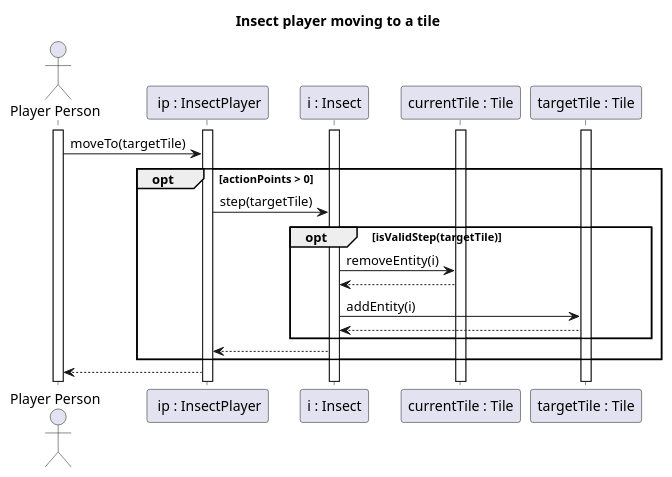
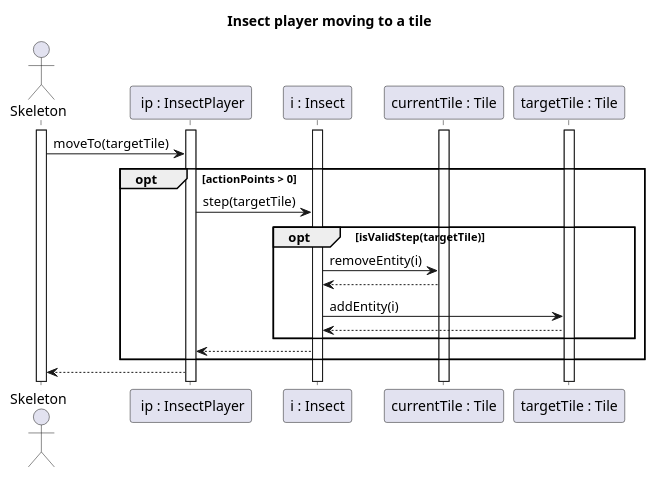
The diagram in diagrams/diagramFiles/SQ_InsectMoving.puml (Harcipan/Projlab_nullpointerexception), drawn with PlantUML before and after one commit. The commit also changed 23 other files, not shown here.

Commit message:
fixed Player Person and spore eating

```diff
--- a/diagrams/diagramFiles/SQ_InsectMoving.puml
+++ b/diagrams/diagramFiles/SQ_InsectMoving.puml
@@ -1,33 +1,33 @@
 @startuml Insect moving
 
 title Insect player moving to a tile
 
-actor "Player Person" as PP
+actor "Skeleton" as PP
 participant " ip : InsectPlayer" as IP
 participant "i : Insect" as I
 participant "currentTile : Tile" as Tx
 participant "targetTile : Tile" as Ty
 
 activate PP
 activate I
 activate Tx
 activate Ty
 activate IP
 
 'tell don't ask... 
 PP -> IP : moveTo(targetTile)
 opt actionPoints > 0
 IP -> I : step(targetTile)
 opt isValidStep(targetTile)
 I -> Tx : removeEntity(i)
 Tx --> I
 I -> Ty : addEntity(i)
 Ty --> I
 end
 I --> IP 
 end
 
 IP --> PP
 
 
 @enduml
```
